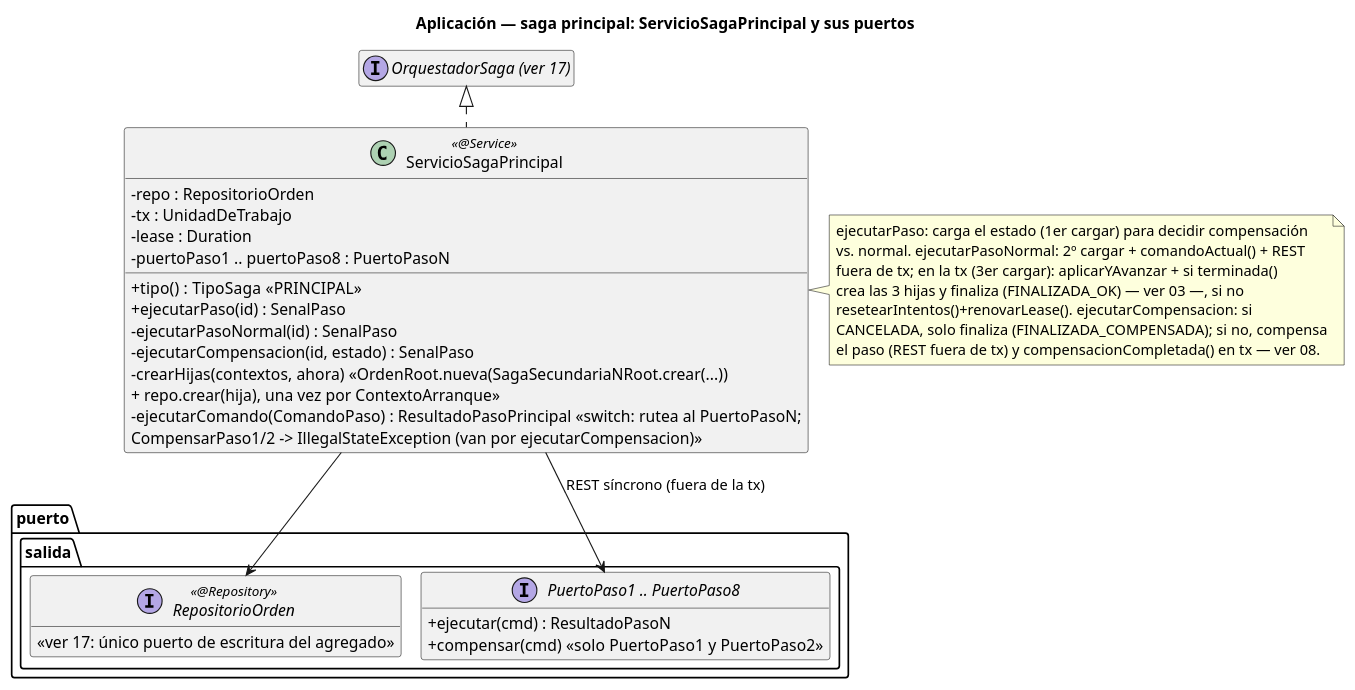
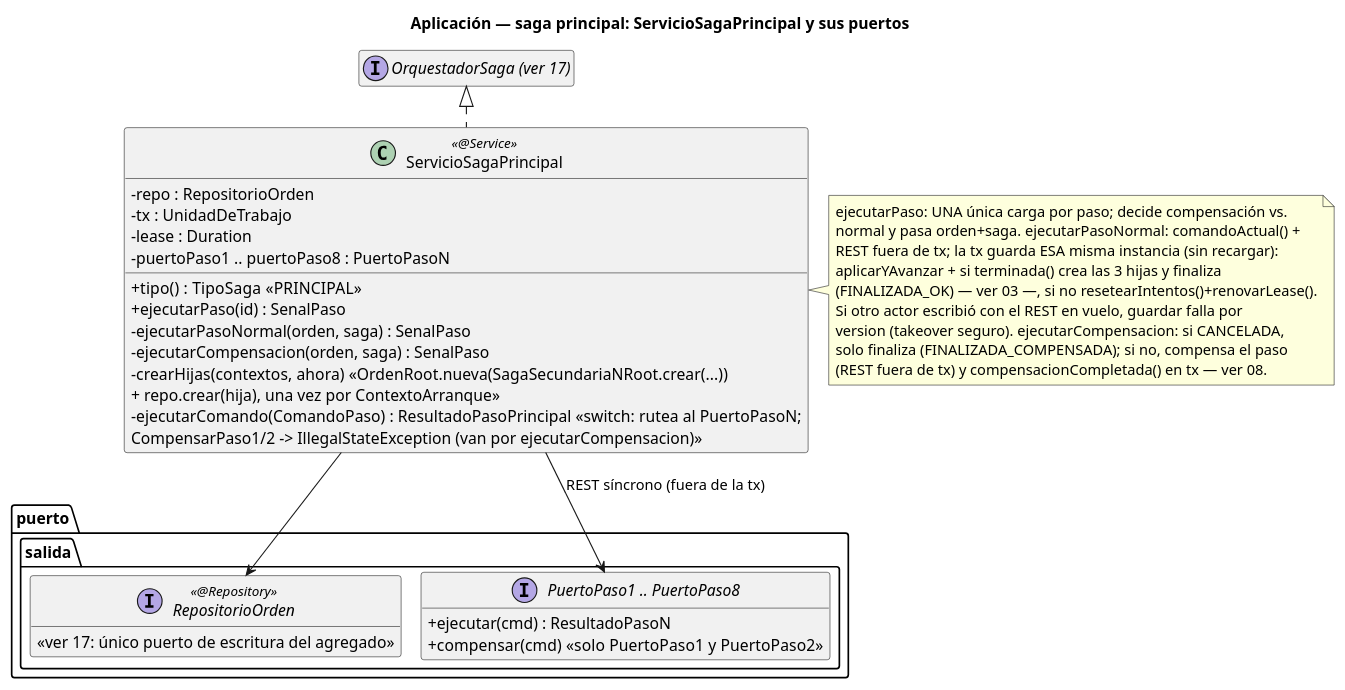
One commit to ralcazar/patrones changed the diagram in order-manager/docs/18-clases-aplicacion-saga-principal.puml. Above: the diagram before and after it, drawn with PlantUML. The commit also changed 27 other files, not shown here.

First line of the commit message:
Takeover seguro real: una única carga por paso, sin recarga dentro de la tx

```diff
--- a/order-manager/docs/18-clases-aplicacion-saga-principal.puml
+++ b/order-manager/docs/18-clases-aplicacion-saga-principal.puml
@@ -1,44 +1,46 @@
 @startuml 18-clases-aplicacion-saga-principal
 title Aplicación — saga principal: ServicioSagaPrincipal y sus puertos
 !pragma layout smetana
 hide empty members
 skinparam classAttributeIconSize 0
 
 interface "OrquestadorSaga (ver 17)" as Base
 
 class ServicioSagaPrincipal <<@Service>> {
   -repo : RepositorioOrden
   -tx : UnidadDeTrabajo
   -lease : Duration
   -puertoPaso1 .. puertoPaso8 : PuertoPasoN
   +tipo() : TipoSaga  «PRINCIPAL»
   +ejecutarPaso(id) : SenalPaso
-  -ejecutarPasoNormal(id) : SenalPaso
-  -ejecutarCompensacion(id, estado) : SenalPaso
+  -ejecutarPasoNormal(orden, saga) : SenalPaso
+  -ejecutarCompensacion(orden, saga) : SenalPaso
   -crearHijas(contextos, ahora)  «OrdenRoot.nueva(SagaSecundariaNRoot.crear(...))\n+ repo.crear(hija), una vez por ContextoArranque»
   -ejecutarComando(ComandoPaso) : ResultadoPasoPrincipal  «switch: rutea al PuertoPasoN;\nCompensarPaso1/2 -> IllegalStateException (van por ejecutarCompensacion)»
 }
 note right of ServicioSagaPrincipal
-  ejecutarPaso: carga el estado (1er cargar) para decidir compensación
-  vs. normal. ejecutarPasoNormal: 2º cargar + comandoActual() + REST
-  fuera de tx; en la tx (3er cargar): aplicarYAvanzar + si terminada()
-  crea las 3 hijas y finaliza (FINALIZADA_OK) — ver 03 —, si no
-  resetearIntentos()+renovarLease(). ejecutarCompensacion: si
-  CANCELADA, solo finaliza (FINALIZADA_COMPENSADA); si no, compensa
-  el paso (REST fuera de tx) y compensacionCompletada() en tx — ver 08.
+  ejecutarPaso: UNA única carga por paso; decide compensación vs.
+  normal y pasa orden+saga. ejecutarPasoNormal: comandoActual() +
+  REST fuera de tx; la tx guarda ESA misma instancia (sin recargar):
+  aplicarYAvanzar + si terminada() crea las 3 hijas y finaliza
+  (FINALIZADA_OK) — ver 03 —, si no resetearIntentos()+renovarLease().
+  Si otro actor escribió con el REST en vuelo, guardar falla por
+  version (takeover seguro). ejecutarCompensacion: si CANCELADA,
+  solo finaliza (FINALIZADA_COMPENSADA); si no, compensa el paso
+  (REST fuera de tx) y compensacionCompletada() en tx — ver 08.
 end note
 
 package "puerto.salida" {
   interface RepositorioOrden <<@Repository>> {
     «ver 17: único puerto de escritura del agregado»
   }
   interface "PuertoPaso1 .. PuertoPaso8" as PuertosPaso {
     +ejecutar(cmd) : ResultadoPasoN
     +compensar(cmd)  «solo PuertoPaso1 y PuertoPaso2»
   }
 }
 
 Base <|.. ServicioSagaPrincipal
 ServicioSagaPrincipal --> RepositorioOrden
 ServicioSagaPrincipal --> PuertosPaso : REST síncrono (fuera de la tx)
 @enduml
```
